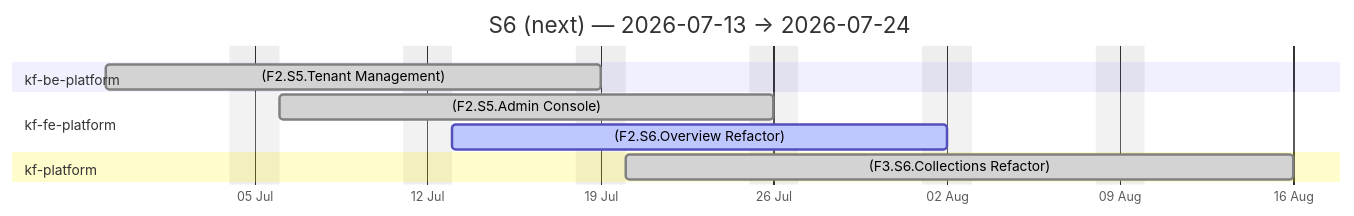
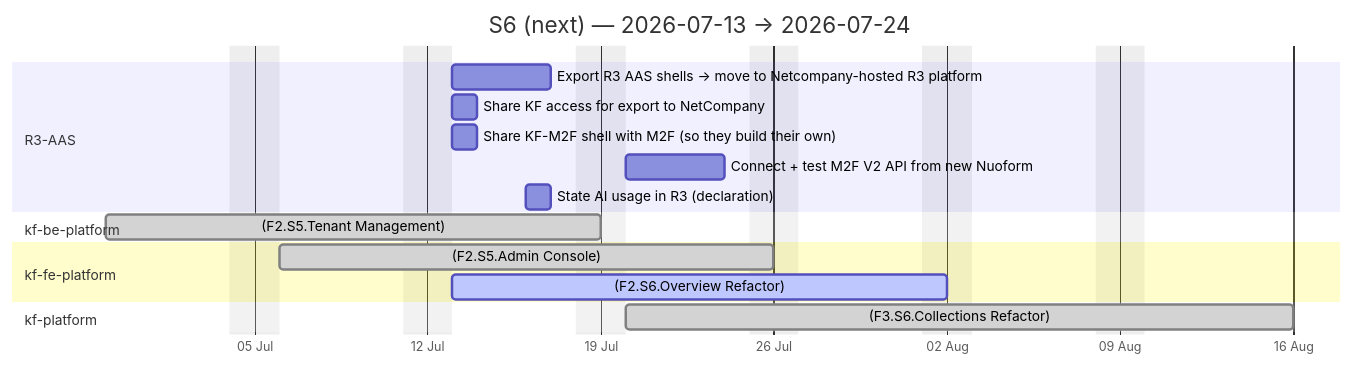
One commit to Katty-Fashion/kf-cpto changed the fourth of 4 diagrams in docs/agile-sprints.md. Above: the diagram before and after it, drawn with Mermaid. The commit also changed other lines of this file and 12 other files, not shown here.

````diff
--- a/docs/agile-sprints.md
+++ b/docs/agile-sprints.md
@@ -82,15 +84,21 @@
 ```mermaid
 gantt
     title S6 (next) — 2026-07-13 → 2026-07-24
     dateFormat YYYY-MM-DD
     axisFormat %d %b
     excludes weekends
 
+    section R3-AAS
+    Export R3 AAS shells → move to Netcompany-hosted R3 platform :2026-07-13, 2026-07-17
+    Share KF access for export to NetCompany :2026-07-13, 2026-07-14
+    Share KF-M2F shell with M2F (so they build their own) :2026-07-13, 2026-07-14
+    Connect + test M2F V2 API from new Nuoform :2026-07-20, 2026-07-24
+    State AI usage in R3 (declaration) :2026-07-16, 2026-07-17
     section kf-be-platform
     (F2.S5.Tenant Management) :done, 2026-06-29, 2026-07-19
     section kf-fe-platform
     (F2.S5.Admin Console) :done, 2026-07-06, 2026-07-26
     (F2.S6.Overview Refactor) :active, 2026-07-13, 2026-08-02
     section kf-platform
     (F3.S6.Collections Refactor) :done, 2026-07-20, 2026-08-16
 ```
````
